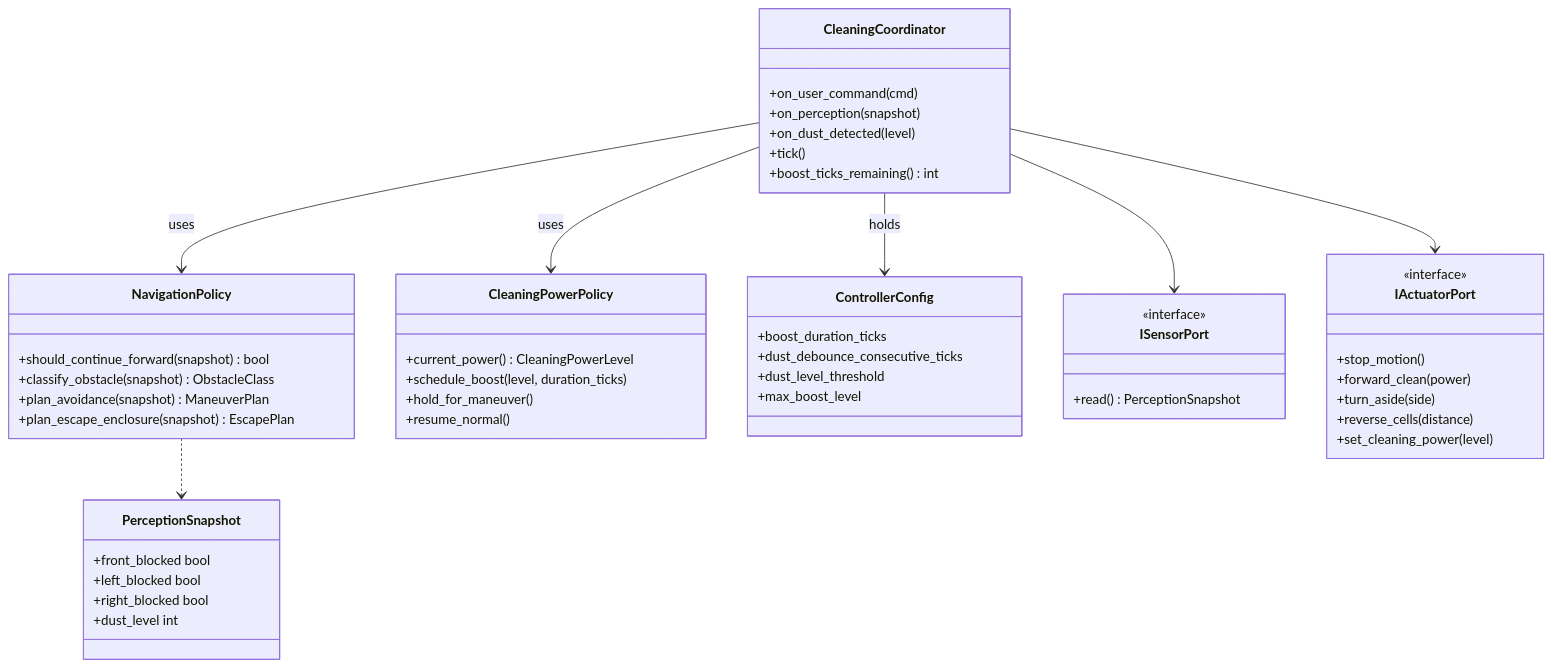
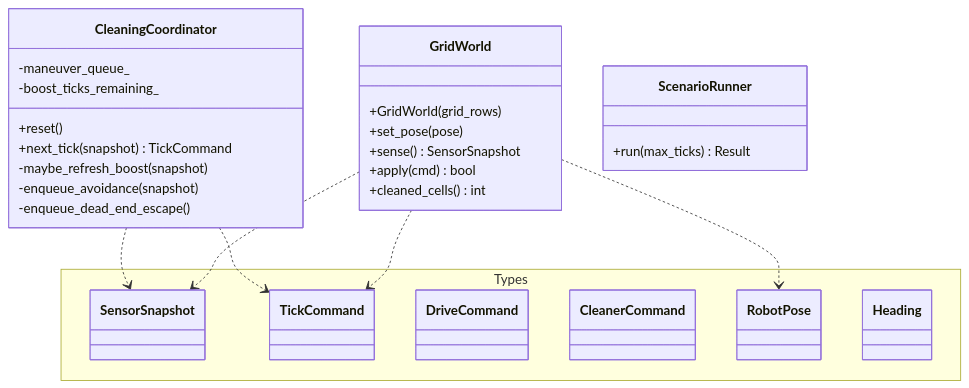
Before and after one commit to sontouf/RVC-AI: the diagram in arch/design/class-diagram.md, drawn with Mermaid. The commit also changed other lines of this file and 167 other files, not shown here.

````diff
--- a/arch/design/class-diagram.md
+++ b/arch/design/class-diagram.md
@@ -10,52 +5,35 @@
 ```mermaid
 classDiagram
   class CleaningCoordinator {
-    +on_user_command(cmd)
-    +on_perception(snapshot)
-    +on_dust_detected(level)
-    +tick()
-    +boost_ticks_remaining() int
+    +reset()
+    +next_tick(snapshot) TickCommand
+    -maybe_refresh_boost(snapshot)
+    -enqueue_avoidance(snapshot)
+    -enqueue_dead_end_escape()
+    -maneuver_queue_
+    -boost_ticks_remaining_
   }
-  class NavigationPolicy {
-    +should_continue_forward(snapshot) bool
-    +classify_obstacle(snapshot) ObstacleClass
-    +plan_avoidance(snapshot) ManeuverPlan
-    +plan_escape_enclosure(snapshot) EscapePlan
+  class GridWorld {
+    +GridWorld(grid_rows)
+    +set_pose(pose)
+    +sense() SensorSnapshot
+    +apply(cmd) bool
+    +cleaned_cells() int
   }
-  class CleaningPowerPolicy {
-    +current_power() CleaningPowerLevel
-    +schedule_boost(level, duration_ticks)
-    +hold_for_maneuver()
-    +resume_normal()
+  class ScenarioRunner {
+    +run(max_ticks) Result
   }
-  class ControllerConfig {
-    +boost_duration_ticks
-    +dust_debounce_consecutive_ticks
-    +dust_level_threshold
-    +max_boost_level
+  namespace Types {
+    class SensorSnapshot
+    class TickCommand
+    class DriveCommand
+    class CleanerCommand
+    class RobotPose
+    class Heading
   }
-  class ISensorPort {
-    <<interface>>
-    +read() PerceptionSnapshot
-  }
-  class IActuatorPort {
-    <<interface>>
-    +stop_motion()
-    +forward_clean(power)
-    +turn_aside(side)
-    +reverse_cells(distance)
-    +set_cleaning_power(level)
-  }
-  class PerceptionSnapshot {
-    +front_blocked bool
-    +left_blocked bool
-    +right_blocked bool
-    +dust_level int
-  }
-  CleaningCoordinator --> NavigationPolicy : uses
-  CleaningCoordinator --> CleaningPowerPolicy : uses
-  CleaningCoordinator --> ControllerConfig : holds
-  CleaningCoordinator --> ISensorPort
-  CleaningCoordinator --> IActuatorPort
-  NavigationPolicy ..> PerceptionSnapshot
+  CleaningCoordinator ..> SensorSnapshot
+  CleaningCoordinator ..> TickCommand
+  GridWorld ..> SensorSnapshot
+  GridWorld ..> TickCommand
+  GridWorld ..> RobotPose
 ```
````
